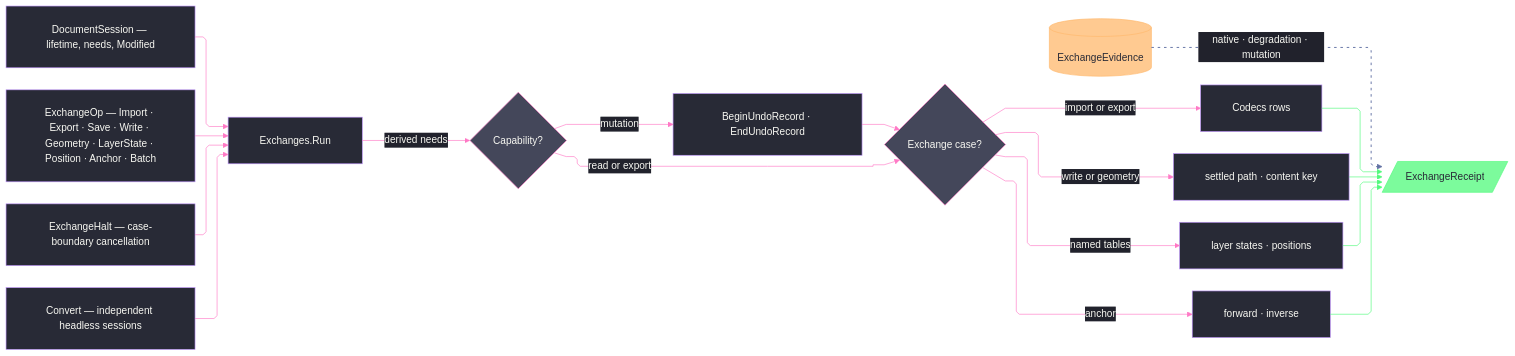
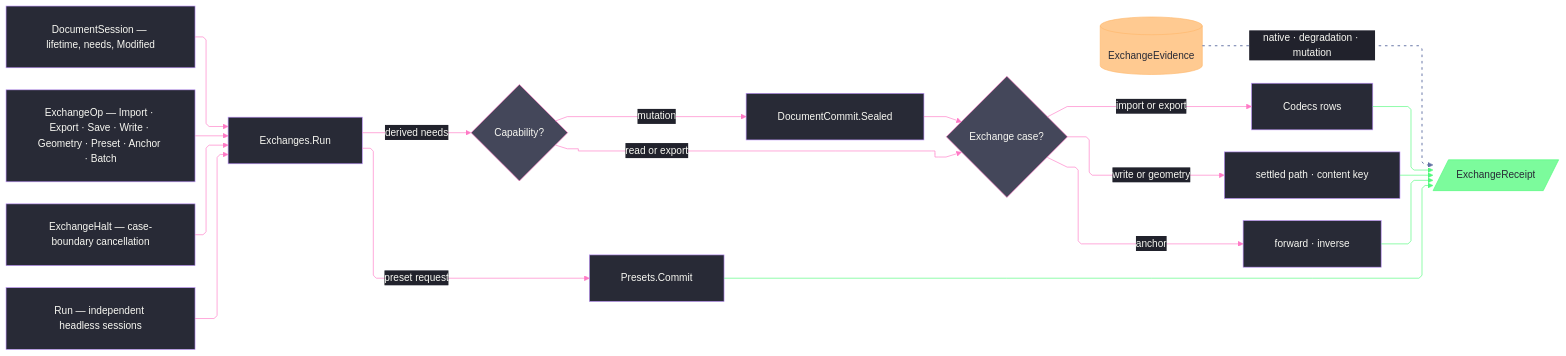
One commit to bsamiee/Rasm changed the diagram in libs/csharp/Rasm.Rhino/.planning/Exchange/operations.md. Above: the diagram before and after it, drawn with Mermaid. The commit also changed other lines of this file and 70 other files, not shown here.

````diff
--- a/libs/csharp/Rasm.Rhino/.planning/Exchange/operations.md
+++ b/libs/csharp/Rasm.Rhino/.planning/Exchange/operations.md
@@ -889,55 +1068,55 @@
 ```mermaid
 ---
 config:
   theme: base
   look: classic
   layout: elk
   flowchart:
     curve: linear
     padding: 25
   themeVariables:
     darkMode: true
     fontFamily: "SF Mono, Menlo, Cascadia Mono, Segoe UI Mono, Consolas, monospace"
     useGradient: false
     dropShadow: "none"
     background: "#282A36"
     primaryColor: "#44475A"
     primaryTextColor: "#F8F8F2"
     primaryBorderColor: "#BD93F9"
     lineColor: "#FF79C6"
     textColor: "#F8F8F2"
     edgeLabelBackground: "#21222C"
     labelBackgroundColor: "#21222C"
   themeCSS: ".nodeLabel{font-size:13px;font-weight:500}.edgeLabel{font-size:12px;font-weight:500}.cluster-label .nodeLabel{font-size:13.5px;font-weight:700;letter-spacing:.08em}.edge-thickness-normal{stroke-width:2px}.edge-thickness-thick{stroke-width:3px}.edge-pattern-dashed,.edge-pattern-dotted{stroke-width:1.5px;stroke-dasharray:4 6}.node rect,.node circle,.node polygon,.node path,.node .outer-path{stroke-width:1.5px;filter:none!important}.cluster rect{stroke-width:1px!important;stroke-dasharray:5 4!important;filter:none!important}.marker path{transform:scale(.8);transform-origin:5px 5px}.marker circle{transform:scale(.48);transform-origin:5px 5px}.edgeLabel rect{transform-box:fill-box;transform-origin:center;transform:scale(1.1,1.2)}"
 ---
 flowchart LR
     accTitle: Rhino exchange transaction rail
     accDescr: One session-proved exchange request dispatches through host operation families into one detached receipt, while cancellation gates entry and typed evidence records native, degradation, and mutation outcomes.
     Session["DocumentSession — lifetime, needs, Modified"] --> Entry["Exchanges.Run"]
-    Request["ExchangeOp — Import · Export · Save · Write · Geometry · LayerState · Position · Anchor · Batch"] --> Entry
+    Request["ExchangeOp — Import · Export · Save · Write · Geometry · Preset · Anchor · Batch"] --> Entry
     Halt["ExchangeHalt — case-boundary cancellation"] --> Entry
     Entry -->|"derived needs"| Demand{"Capability?"}
     Demand -->|"read or export"| Dispatch{"Exchange case?"}
-    Demand -->|"mutation"| Undo["BeginUndoRecord · EndUndoRecord"]
+    Demand -->|"mutation"| Undo["DocumentCommit.Sealed"]
     Undo --> Dispatch
     Dispatch -->|"import or export"| Matrix["Codecs rows"]
     Dispatch -->|"write or geometry"| Output["settled path · content key"]
-    Dispatch -->|"named tables"| Tables["layer states · positions"]
+    Entry -->|"preset request"| Tables["Presets.Commit"]
     Dispatch -->|"anchor"| Geo["forward · inverse"]
     Matrix --> Receipt[/ExchangeReceipt/]
     Output --> Receipt
     Tables --> Receipt
     Geo --> Receipt
     Evidence[(ExchangeEvidence)] -.->|"native · degradation · mutation"| Receipt
-    Convert["Convert — independent headless sessions"] --> Entry
+    Convert["Run — independent headless sessions"] --> Entry
     linkStyle 11,12,13,14 stroke:#50FA7B,color:#F8F8F2
     linkStyle 15 stroke:#6272A4,color:#F8F8F2,stroke-width:1.5px,stroke-dasharray:4 6
     classDef primary fill:#44475A,stroke:#FF79C6,color:#F8F8F2
     classDef success fill:#50FA7BBF,stroke:#50FA7B,color:#282A36
     classDef data fill:#FFB86CBF,stroke:#FFB86C,color:#282A36
     classDef boundary fill:#282A36,stroke:#BD93F9,color:#F8F8F2
     class Demand,Dispatch primary
     class Receipt success
     class Evidence data
     class Session,Request,Halt,Entry,Undo,Matrix,Output,Tables,Geo,Convert boundary
 ```
````
